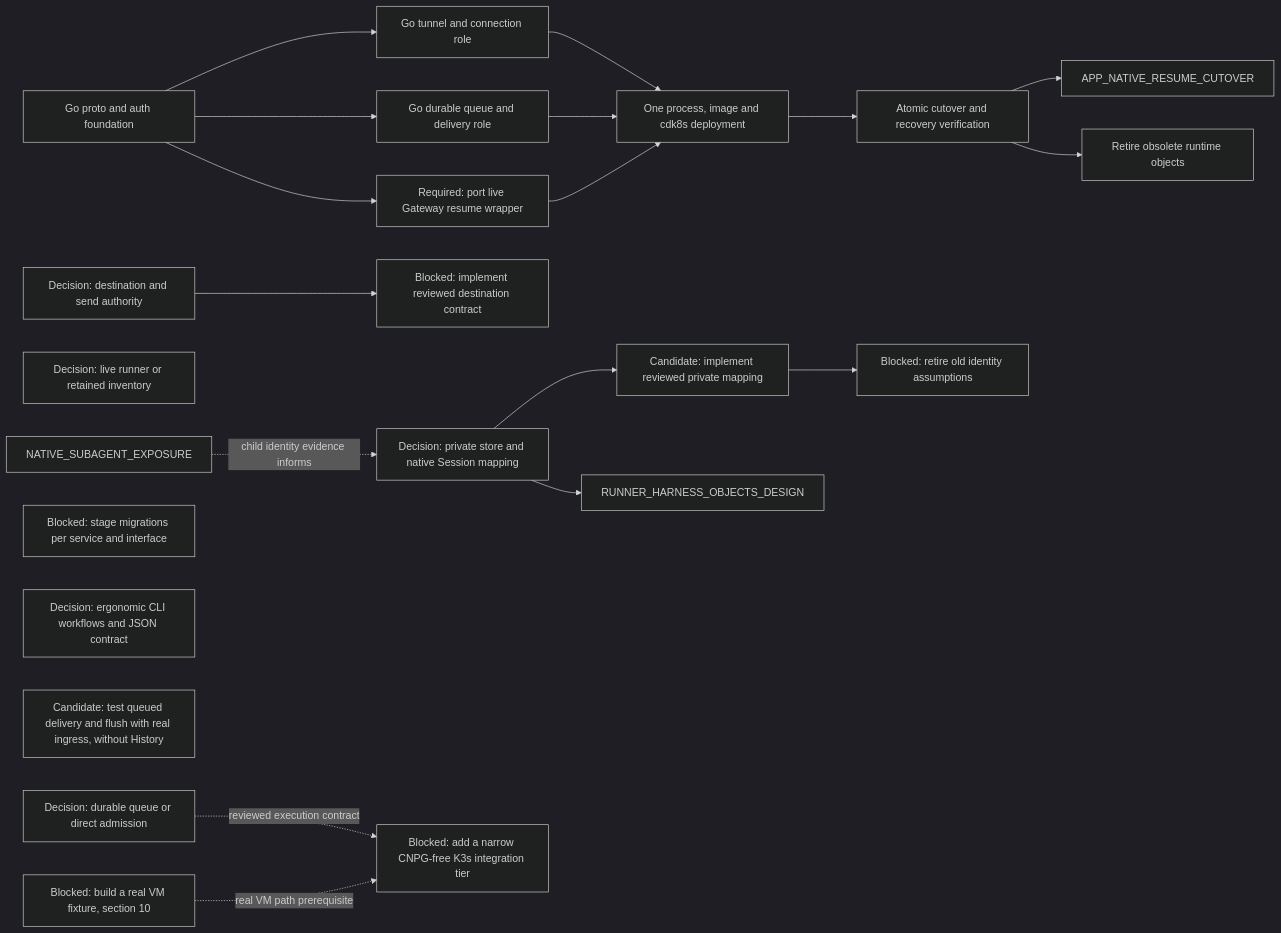
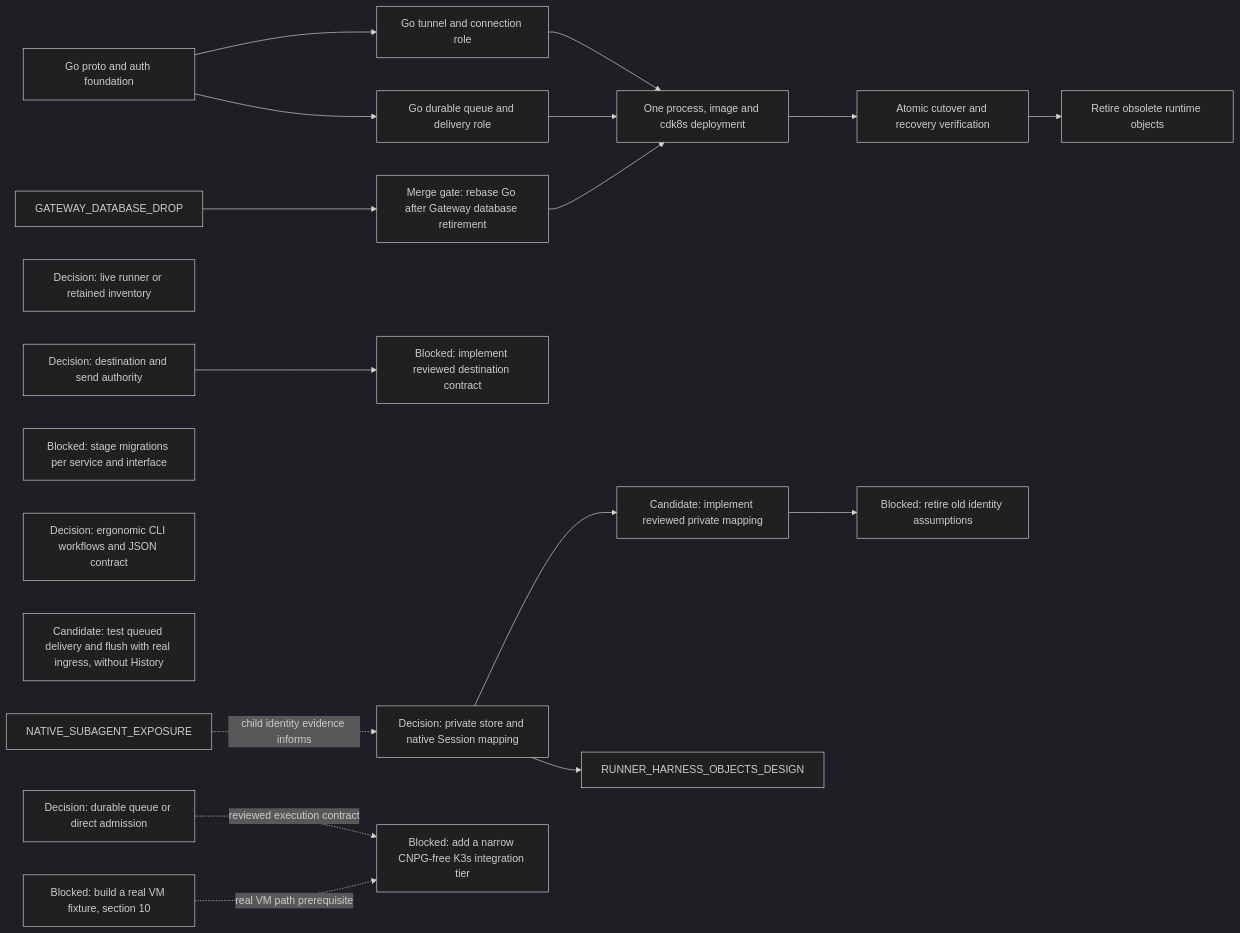
One commit to agentydragon-agent/ducktape changed diagram 16 of 16 in agentplane/plans/task_dag.md. Above: the diagram before and after it, drawn with Mermaid (dark theme). The commit also changed other lines of this file, not shown here.

First line of the commit message:
Sequence Gateway database retirement before Go cutover (#10707)

````diff
--- a/agentplane/plans/task_dag.md
+++ b/agentplane/plans/task_dag.md
@@ -1471,38 +1454,37 @@
 ```mermaid
 flowchart LR
     DISPATCHER_PERSISTENCE_MODEL_DESIGN[Decision: durable queue or direct admission]
     DELIVERY_GO_PROTOCOL_AUTH[Go proto and auth foundation]
     DELIVERY_GO_GATEWAY[Go tunnel and connection role]
     DELIVERY_GO_DISPATCHER[Go durable queue and delivery role]
-    DELIVERY_GO_LEGACY_WRAPPER[Required: port live Gateway resume wrapper]
+    DELIVERY_GO_RETIREMENT_REBASE[Merge gate: rebase Go after Gateway database retirement]
     DELIVERY_GO_INTEGRATION[One process, image and cdk8s deployment]
     DELIVERY_UNIFIED_CUTOVER[Atomic cutover and recovery verification]
     DELIVERY_OLD_RUNTIME_RETIRE[Retire obsolete runtime objects]
     RUNNER_INVENTORY_AUTHORITY_DESIGN[Decision: live runner or retained inventory]
     DELIVERY_DESTINATION_AUTHORITY_DESIGN[Decision: destination and send authority]
     DELIVERY_DESTINATION_CONTRACT[Blocked: implement reviewed destination contract]
     HARNESS_IDENTITY_DESIGN[Decision: private store and native Session mapping]
     RUNNER_STORE_SESSION_IDENTITY[Candidate: implement reviewed private mapping]
     RUNNER_IDENTITY_LEGACY_CLEANUP[Blocked: retire old identity assumptions]
     SERVICE_API_TRANSPORT_MIGRATIONS[Blocked: stage migrations per service and interface]
     AGENT_API_TOOLING_DESIGN[Decision: ergonomic CLI workflows and JSON contract]
     RUNNER_DELIVERY_INGRESS_ACCEPTANCE[Candidate: test queued delivery and flush with real ingress, without History]
     CNPG_FREE_K3S_INTEGRATION_TIER[Blocked: add a narrow CNPG-free K3s integration tier]
     K3S_VM_IMAGE[Blocked: build a real VM fixture, section 10]
     DELIVERY_GO_PROTOCOL_AUTH --> DELIVERY_GO_GATEWAY
     DELIVERY_GO_PROTOCOL_AUTH --> DELIVERY_GO_DISPATCHER
-    DELIVERY_GO_PROTOCOL_AUTH --> DELIVERY_GO_LEGACY_WRAPPER
+    GATEWAY_DATABASE_DROP --> DELIVERY_GO_RETIREMENT_REBASE
     DELIVERY_GO_GATEWAY --> DELIVERY_GO_INTEGRATION
     DELIVERY_GO_DISPATCHER --> DELIVERY_GO_INTEGRATION
-    DELIVERY_GO_LEGACY_WRAPPER --> DELIVERY_GO_INTEGRATION
+    DELIVERY_GO_RETIREMENT_REBASE --> DELIVERY_GO_INTEGRATION
     DELIVERY_GO_INTEGRATION --> DELIVERY_UNIFIED_CUTOVER
-    DELIVERY_UNIFIED_CUTOVER --> APP_NATIVE_RESUME_CUTOVER
     DELIVERY_UNIFIED_CUTOVER --> DELIVERY_OLD_RUNTIME_RETIRE
     DELIVERY_DESTINATION_AUTHORITY_DESIGN --> DELIVERY_DESTINATION_CONTRACT
     RUNNER_STORE_SESSION_IDENTITY --> RUNNER_IDENTITY_LEGACY_CLEANUP
     NATIVE_SUBAGENT_EXPOSURE -. child identity evidence informs .-> HARNESS_IDENTITY_DESIGN
     HARNESS_IDENTITY_DESIGN --> RUNNER_STORE_SESSION_IDENTITY
     HARNESS_IDENTITY_DESIGN --> RUNNER_HARNESS_OBJECTS_DESIGN
     DISPATCHER_PERSISTENCE_MODEL_DESIGN -. reviewed execution contract .-> CNPG_FREE_K3S_INTEGRATION_TIER
     K3S_VM_IMAGE -. real VM path prerequisite .-> CNPG_FREE_K3S_INTEGRATION_TIER
 ```
````
